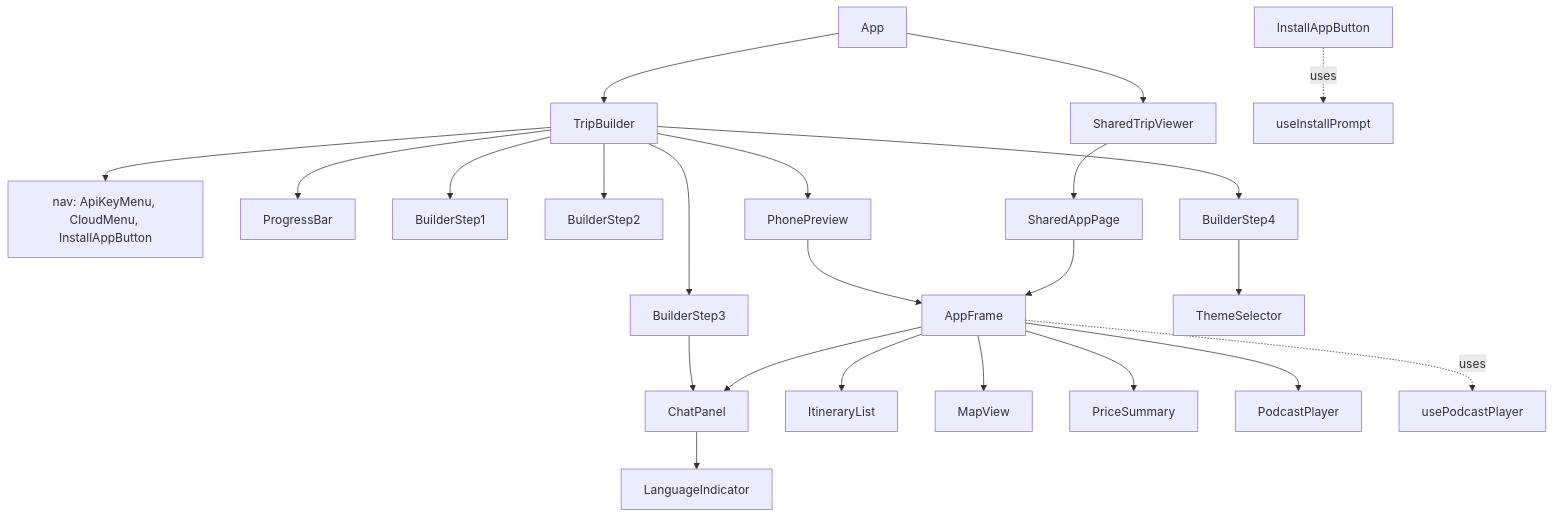
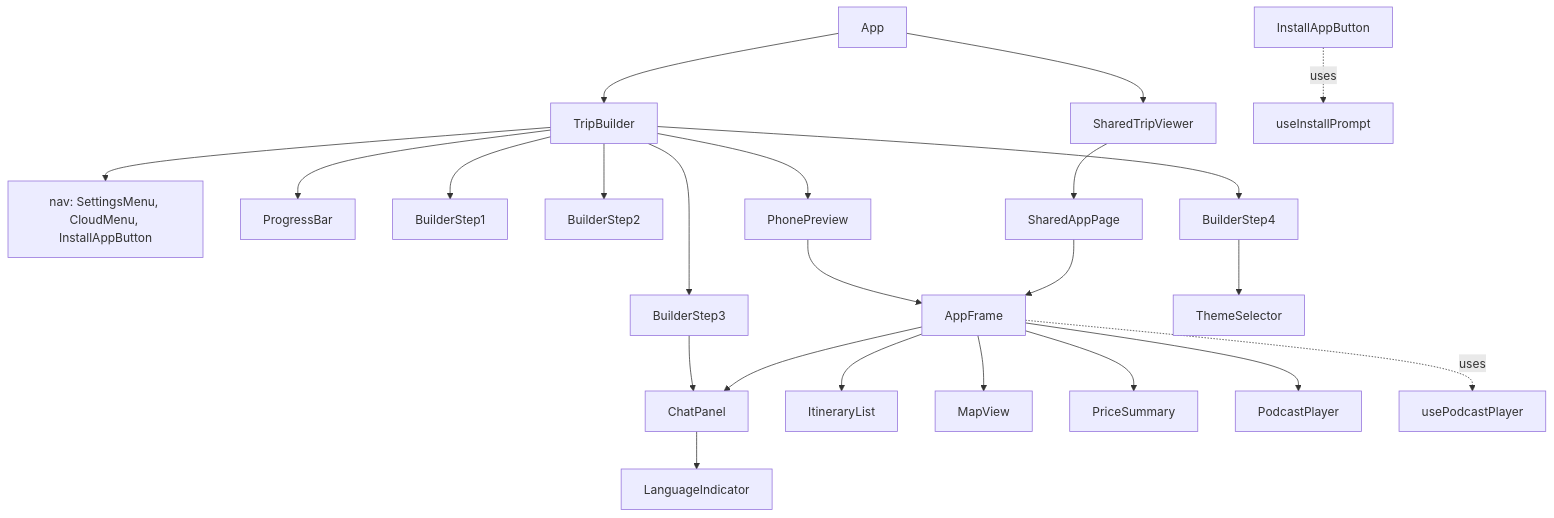
One commit to joka-7/AppMyTrip changed the first of 4 diagrams in docs/LLD.md. Above: the diagram before and after it, drawn with Mermaid. The commit also changed other lines of this file and 170 other files, not shown here.

````diff
--- a/docs/LLD.md
+++ b/docs/LLD.md
@@ -232,25 +218,25 @@
 ```mermaid
 flowchart TB
     App --> TripBuilder
     App --> SharedTripViewer
-    TripBuilder --> Nav["nav: ApiKeyMenu, CloudMenu, InstallAppButton"]
+    TripBuilder --> Nav["nav: SettingsMenu, CloudMenu, InstallAppButton"]
     TripBuilder --> ProgressBar
     TripBuilder --> S1[BuilderStep1]
     TripBuilder --> S2[BuilderStep2]
     TripBuilder --> S3[BuilderStep3]
     TripBuilder --> S4[BuilderStep4]
     TripBuilder --> PhonePreview
     SharedTripViewer --> SharedAppPage
     PhonePreview --> AppFrame
     SharedAppPage --> AppFrame
     S3 --> ChatPanel
     AppFrame --> ItineraryList
     AppFrame --> MapView
     AppFrame --> PriceSummary
     AppFrame --> ChatPanel
     AppFrame --> PodcastPlayer
     ChatPanel --> LanguageIndicator
     S4 --> ThemeSelector
     AppFrame -.uses.-> usePodcastPlayer
     InstallAppButton -.uses.-> useInstallPrompt
 ```
````
